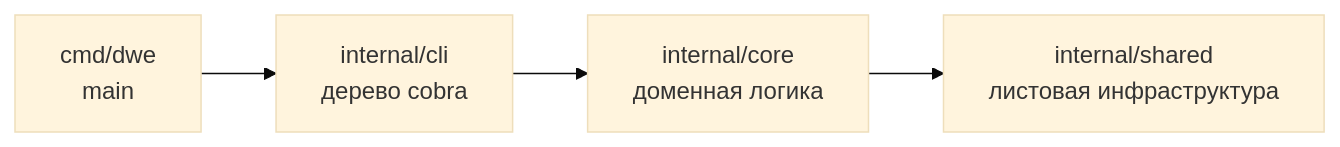
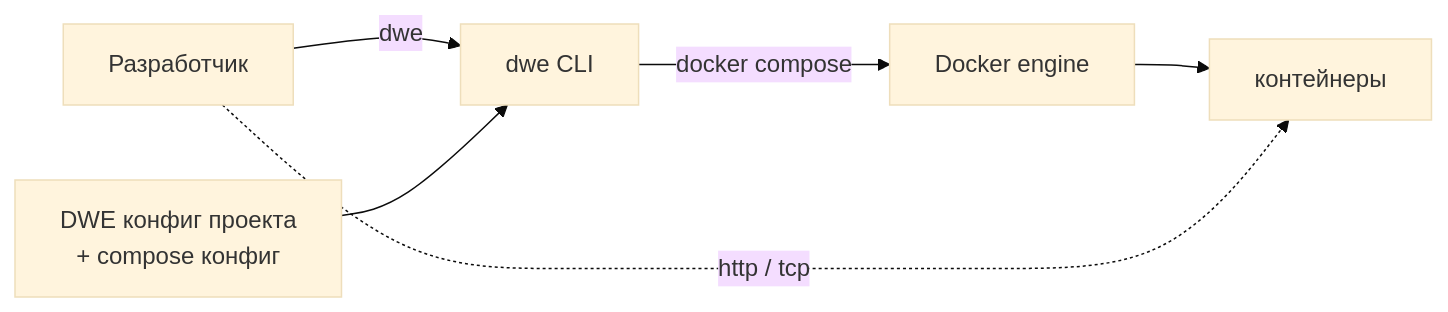
The diagram in docs/i18n/ru/README.md (semsemyonoff/dwe), drawn with Mermaid (base theme) before and after one commit. The commit also changed other lines of this file and 19 other files, not shown here.

````diff
--- a/docs/i18n/ru/README.md
+++ b/docs/i18n/ru/README.md
@@ -125,7 +125,8 @@
 ```mermaid
 flowchart LR
-  Bin["cmd/dwe<br/>main"] --> CLI
-  CLI["internal/cli<br/>дерево cobra"] --> Core
-  Core["internal/core<br/>доменная логика"] --> Shared
-  Shared["internal/shared<br/>листовая инфраструктура"]
+  Dev["Разработчик"] -->|dwe| CLI["dwe CLI"]
+  Project["DWE конфиг проекта<br/>+ compose конфиг"] --> CLI
+  CLI -->|docker compose| Engine["Docker engine"]
+  Engine --> Containers["контейнеры"]
+  Dev -.->|http / tcp| Containers
 ```
````
